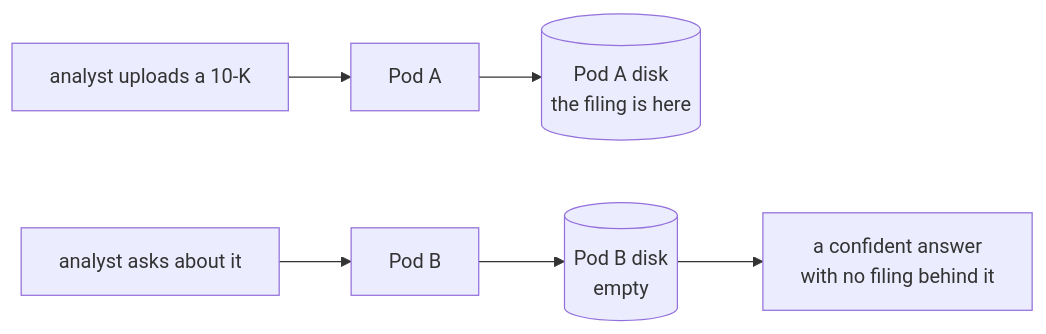
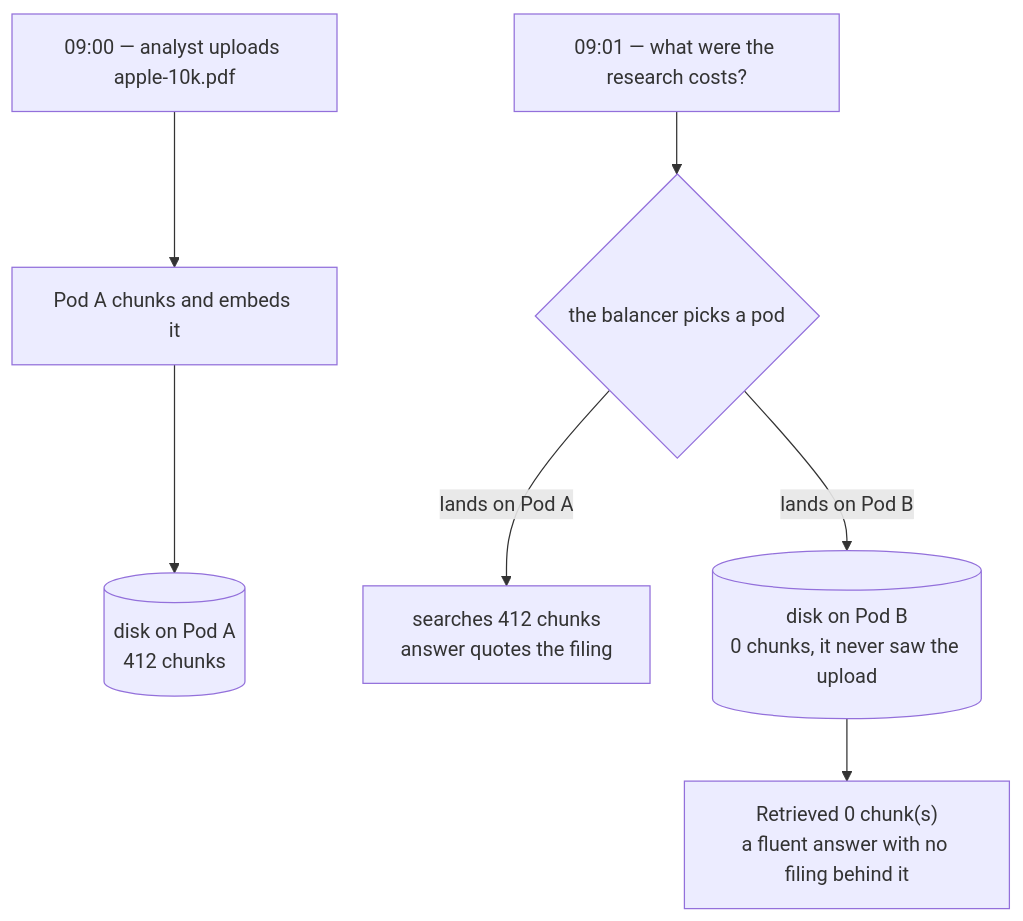
Before and after one commit to selvakumarperumal/Corporate_Filing_Analyzer_Agent: the second of 17 diagrams in docs/TESTING-SCALING.md, drawn with Mermaid. The commit also changed other lines of this file, not shown here.

Commit message:
docs: enrich scaling test breakdowns with detailed sequence flows, SQL examples, and negative test rigs

````diff
--- a/docs/TESTING-SCALING.md
+++ b/docs/TESTING-SCALING.md
@@ -209,8 +261,9 @@
 ```mermaid
-flowchart LR
-  U["analyst uploads a 10-K"] --> A["Pod A"]
-  A --> DA[("Pod A disk<br/>the filing is here")]
-  Q["analyst asks about it"] --> B["Pod B"]
-  B --> DB[("Pod B disk<br/>empty")]
-  DB --> ANS["a confident answer<br/>with no filing behind it"]
+flowchart TB
+  U["09:00 — analyst uploads apple-10k.pdf"] --> A["Pod A chunks and embeds it"]
+  A --> DA[("disk on Pod A<br/>412 chunks")]
+  Q["09:01 — what were the research costs?"] --> LB{"the balancer picks a pod"}
+  LB -->|"lands on Pod A"| GOOD["searches 412 chunks<br/>answer quotes the filing"]
+  LB -->|"lands on Pod B"| DB[("disk on Pod B<br/>0 chunks, it never saw the upload")]
+  DB --> BAD["Retrieved 0 chunk(s)<br/>a fluent answer with no filing behind it"]
 ```
````
